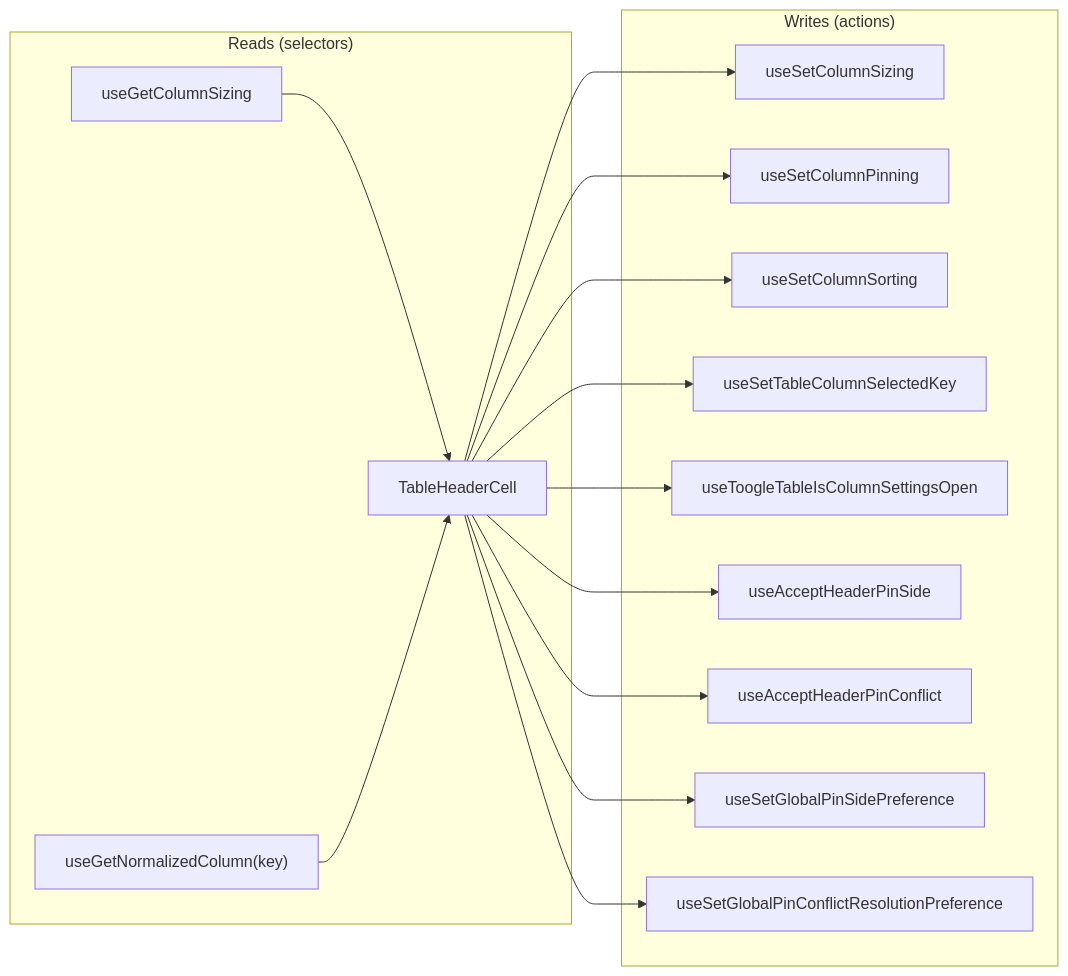
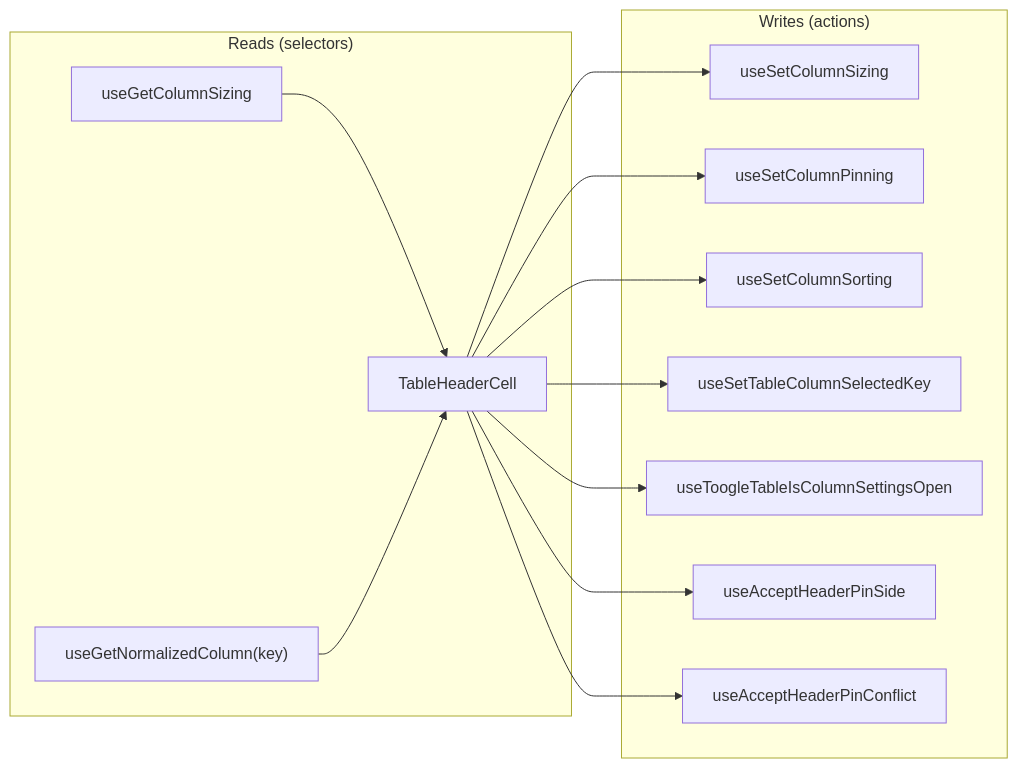
One commit to luciocabrera/lcabrera-stack changed the first of 3 diagrams in apps/react-router/src/components/Table/TableHeaderCell/ARCHITECTURE.md. Above: the diagram before and after it, drawn with Mermaid. The commit also changed other lines of this file and 14 other files, not shown here.

````diff
--- a/apps/react-router/src/components/Table/TableHeaderCell/ARCHITECTURE.md
+++ b/apps/react-router/src/components/Table/TableHeaderCell/ARCHITECTURE.md
@@ -38,21 +38,19 @@
 ```mermaid
 graph LR
   subgraph "Reads (selectors)"
     S1["useGetColumnSizing"] --> THC
     S2["useGetNormalizedColumn(key)"] --> THC
   end
 
   THC["TableHeaderCell"]
 
   subgraph "Writes (actions)"
     THC --> A1["useSetColumnSizing"]
     THC --> A2["useSetColumnPinning"]
     THC --> A3["useSetColumnSorting"]
     THC --> A4["useSetTableColumnSelectedKey"]
     THC --> A5["useToogleTableIsColumnSettingsOpen"]
     THC --> A6["useAcceptHeaderPinSide"]
     THC --> A7["useAcceptHeaderPinConflict"]
-    THC --> A8["useSetGlobalPinSidePreference"]
-    THC --> A9["useSetGlobalPinConflictResolutionPreference"]
   end
 ```
````
